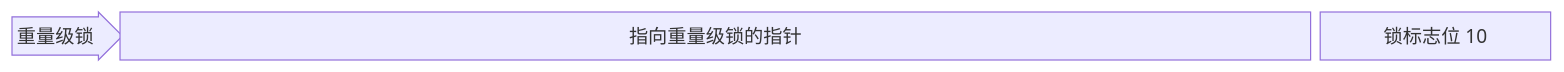
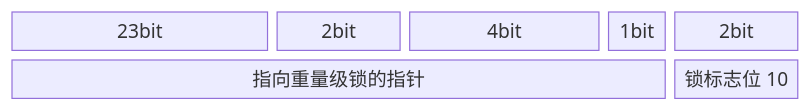
The fifth of 7 diagrams in docs/java/并发.md (duskbat/cs-manual), drawn with Mermaid before and after one commit. The commit also changed other lines of this file and 1 other file, not shown here.

````diff
--- a/docs/java/并发.md
+++ b/docs/java/并发.md
@@ -66,5 +104,6 @@
 ```mermaid
 block-beta
-  columns 13
-  r4<["重量级锁"]>(right):1 r4a["指向重量级锁的指针"]:10 r4b["锁标志位 10"]:2
+  columns 12
+  r0a["23bit"]:4 r0b["2bit"]:2 r0c["4bit"]:3 r0d["1bit"]:1 r0e["2bit"]:2
+  r4a["指向重量级锁的指针"]:10 r4b["锁标志位 10"]:2
 ```
````
